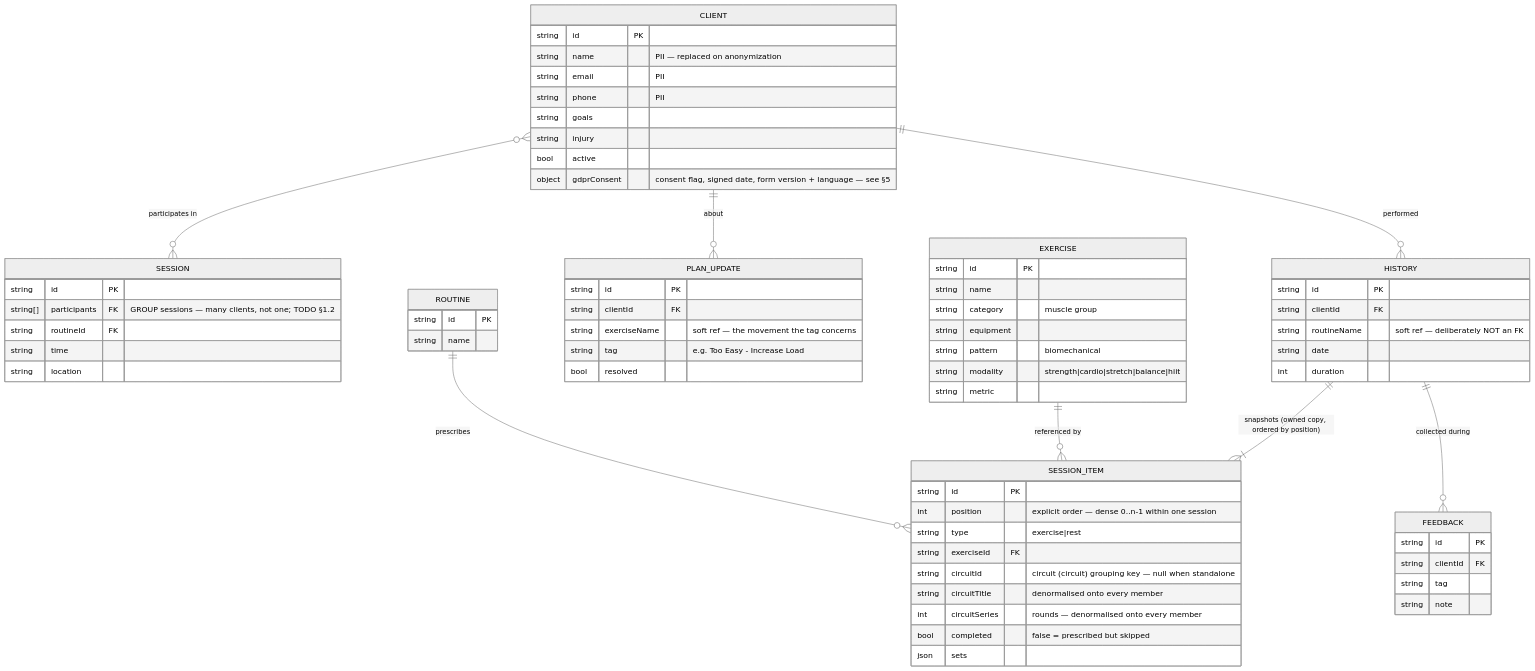
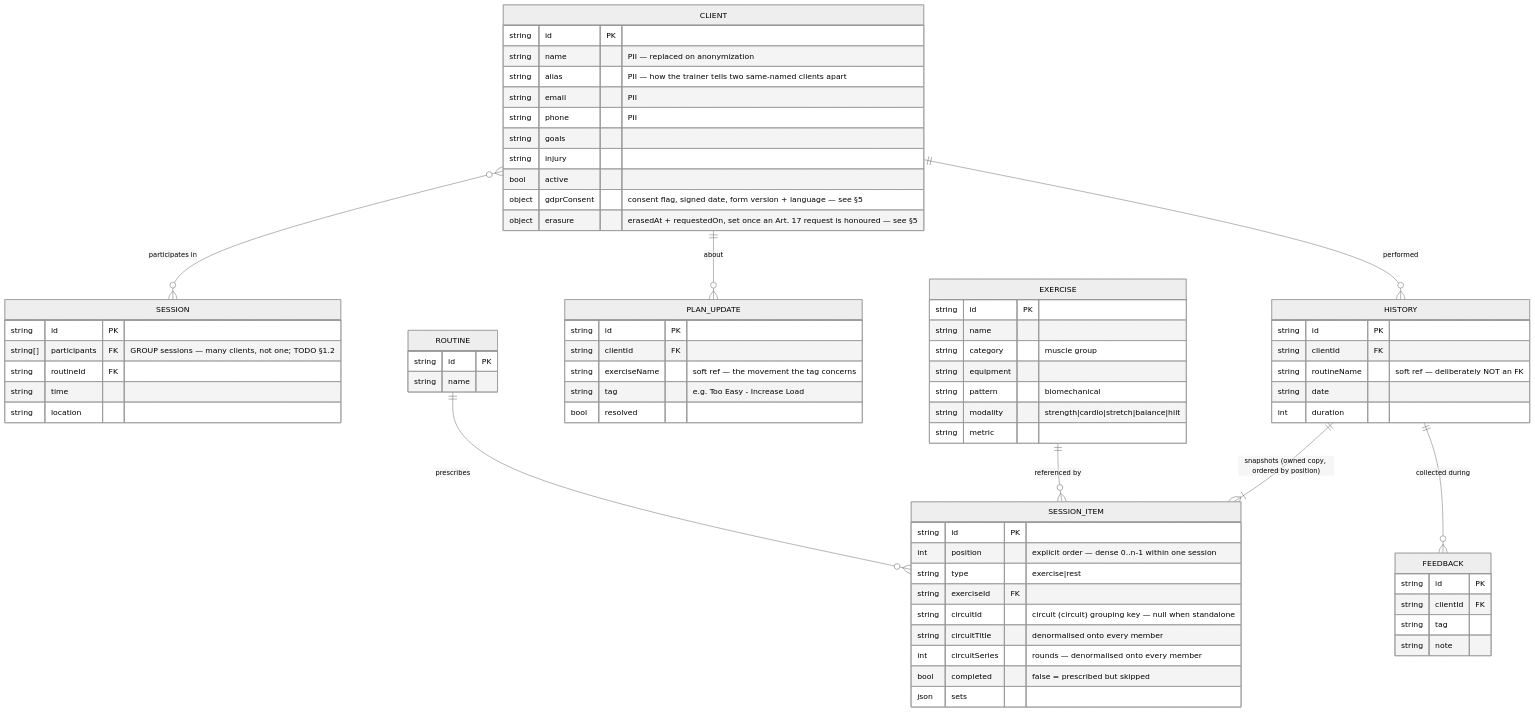
One commit to stutek/LibrePT changed the second of 4 diagrams in docs/DATA_MODEL.md. Above: the diagram before and after it, drawn with Mermaid (neutral theme). The commit also changed other lines of this file, not shown here.

First line of the commit message:
docs(data-model): put erasure and alias in the record diagram

````diff
--- a/docs/DATA_MODEL.md
+++ b/docs/DATA_MODEL.md
@@ -203,72 +203,74 @@
 ```mermaid
 erDiagram
     CLIENT }o--o{ SESSION : "participates in"
     CLIENT ||--o{ HISTORY : "performed"
     CLIENT ||--o{ PLAN_UPDATE : "about"
     ROUTINE ||--o{ SESSION_ITEM : "prescribes"
     EXERCISE ||--o{ SESSION_ITEM : "referenced by"
     HISTORY ||--|{ SESSION_ITEM : "snapshots (owned copy, ordered by position)"
     HISTORY ||--o{ FEEDBACK : "collected during"
 
     CLIENT {
         string id PK
         string name "PII — replaced on anonymization"
+        string alias "PII — how the trainer tells two same-named clients apart"
         string email "PII"
         string phone "PII"
         string goals
         string injury
         bool active
         object gdprConsent "consent flag, signed date, form version + language — see §5"
+        object erasure "erasedAt + requestedOn, set once an Art. 17 request is honoured — see §5"
     }
     EXERCISE {
         string id PK
         string name
         string category "muscle group"
         string equipment
         string pattern "biomechanical"
         string modality "strength|cardio|stretch|balance|hiit"
         string metric
     }
     ROUTINE {
         string id PK
         string name
     }
     SESSION {
         string id PK
         string[] participants FK "GROUP sessions — many clients, not one; TODO §1.2"
         string routineId FK
         string time
         string location
     }
     HISTORY {
         string id PK
         string clientId FK
         string routineName "soft ref — deliberately NOT an FK"
         string date
         int duration
     }
     SESSION_ITEM {
         string id PK
         int position "explicit order — dense 0..n-1 within one session"
         string type "exercise|rest"
         string exerciseId FK
         string circuitId "circuit (circuit) grouping key — null when standalone"
         string circuitTitle "denormalised onto every member"
         int circuitSeries "rounds — denormalised onto every member"
         bool completed "false = prescribed but skipped"
         json sets
     }
     FEEDBACK {
         string id PK
         string clientId FK
         string tag
         string note
     }
     PLAN_UPDATE {
         string id PK
         string clientId FK
         string exerciseName "soft ref — the movement the tag concerns"
         string tag "e.g. Too Easy - Increase Load"
         bool resolved
     }
 ```
````
